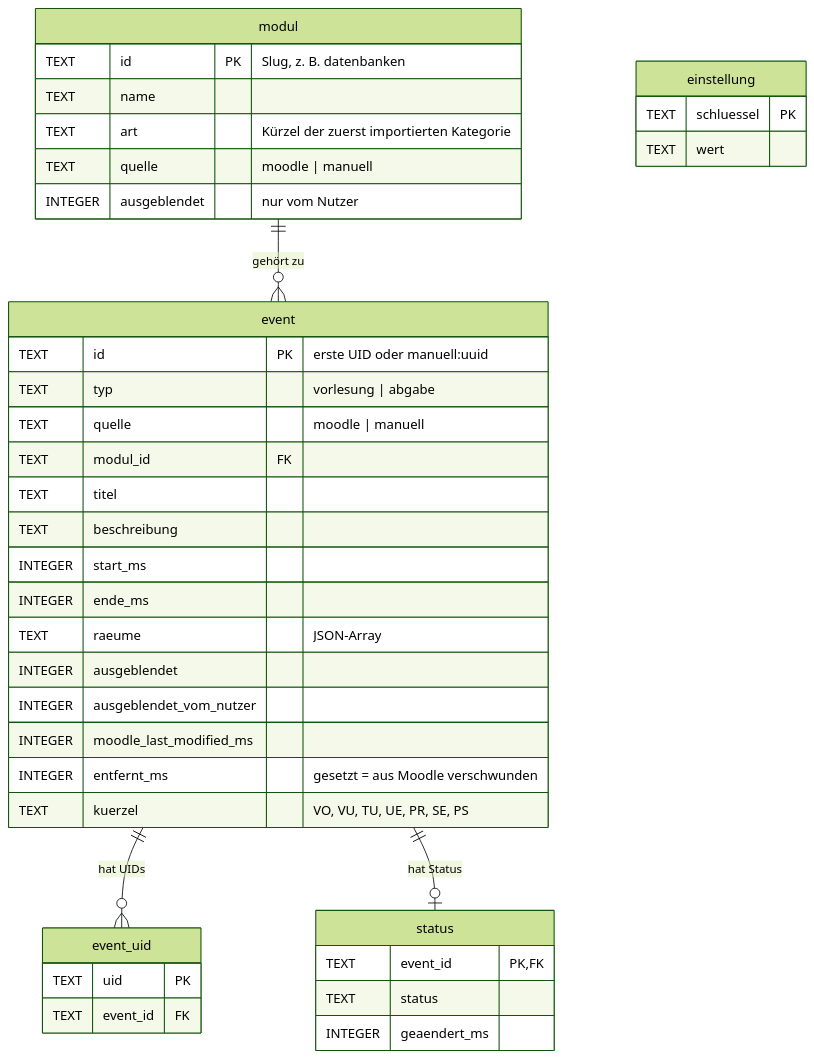
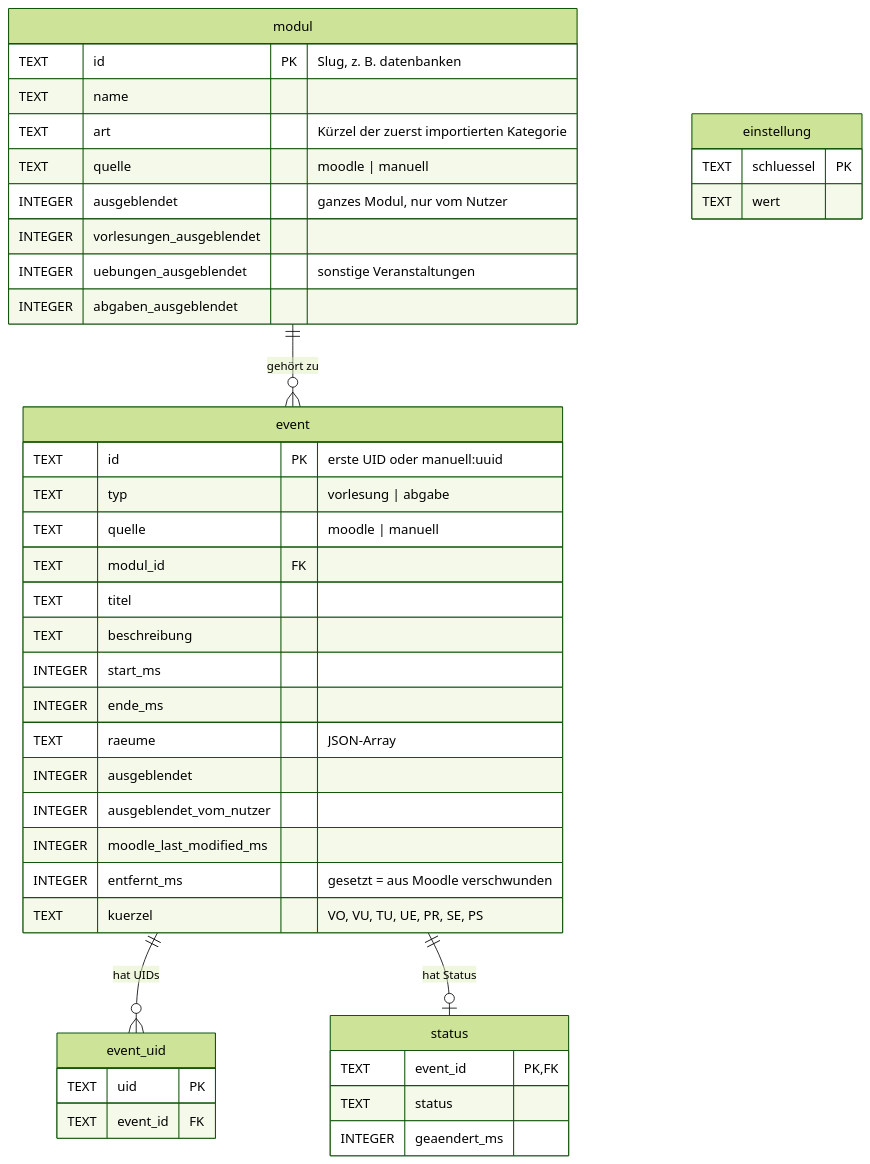
Before and after one commit to EreDem/UniPlanner: the first of 4 diagrams in uni-planer/docs/datenmodell.md, drawn with Mermaid (forest theme). The commit also changed other lines of this file and 13 other files, not shown here.

Commit message:
Implement module category visibility settings and update database schema

````diff
--- a/uni-planer/docs/datenmodell.md
+++ b/uni-planer/docs/datenmodell.md
@@ -7,43 +7,46 @@
 ```mermaid
 erDiagram
     modul ||--o{ event : "gehört zu"
     event ||--o{ event_uid : "hat UIDs"
     event ||--o| status : "hat Status"
 
     modul {
         TEXT id PK "Slug, z. B. datenbanken"
         TEXT name
         TEXT art "Kürzel der zuerst importierten Kategorie"
         TEXT quelle "moodle | manuell"
-        INTEGER ausgeblendet "nur vom Nutzer"
+        INTEGER ausgeblendet "ganzes Modul, nur vom Nutzer"
+        INTEGER vorlesungen_ausgeblendet
+        INTEGER uebungen_ausgeblendet "sonstige Veranstaltungen"
+        INTEGER abgaben_ausgeblendet
     }
     event {
         TEXT id PK "erste UID oder manuell:uuid"
         TEXT typ "vorlesung | abgabe"
         TEXT quelle "moodle | manuell"
         TEXT modul_id FK
         TEXT titel
         TEXT beschreibung
         INTEGER start_ms
         INTEGER ende_ms
         TEXT raeume "JSON-Array"
         INTEGER ausgeblendet
         INTEGER ausgeblendet_vom_nutzer
         INTEGER moodle_last_modified_ms
         INTEGER entfernt_ms "gesetzt = aus Moodle verschwunden"
         TEXT kuerzel "VO, VU, TU, UE, PR, SE, PS"
     }
     event_uid {
         TEXT uid PK
         TEXT event_id FK
     }
     status {
         TEXT event_id PK, FK
         TEXT status
         INTEGER geaendert_ms
     }
     einstellung {
         TEXT schluessel PK
         TEXT wert
     }
 ```
````
